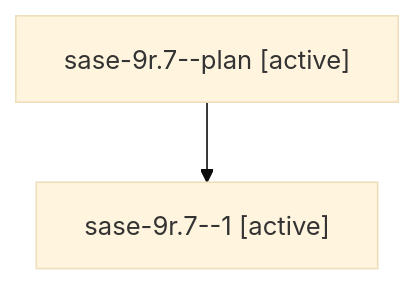
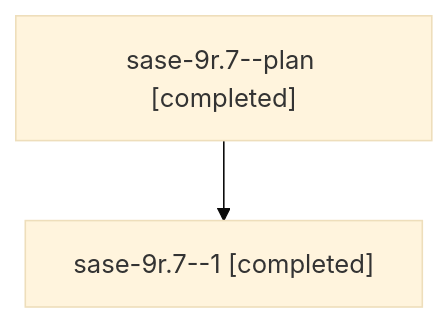
One commit to sase-org/sase--agents changed the diagram in families/bbugyi200.athena.sase-9r.7.md. Above: the diagram before and after it, drawn with Mermaid (base theme). The commit also changed other lines of this file and 89 other files, not shown here.

````diff
--- a/families/bbugyi200.athena.sase-9r.7.md
+++ b/families/bbugyi200.athena.sase-9r.7.md
@@ -7,6 +7,6 @@
 ```mermaid
 flowchart TD
-  n0["sase-9r.7--plan [active]"]
-  n1["sase-9r.7--1 [active]"]
+  n0["sase-9r.7--plan [completed]"]
+  n1["sase-9r.7--1 [completed]"]
   n0 --> n1
 ```
````
